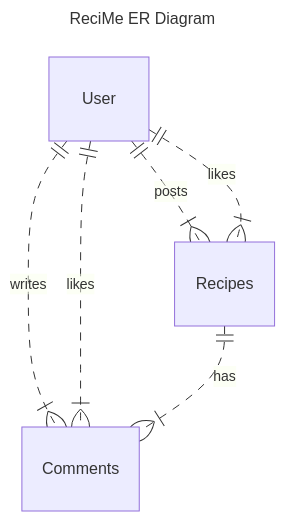
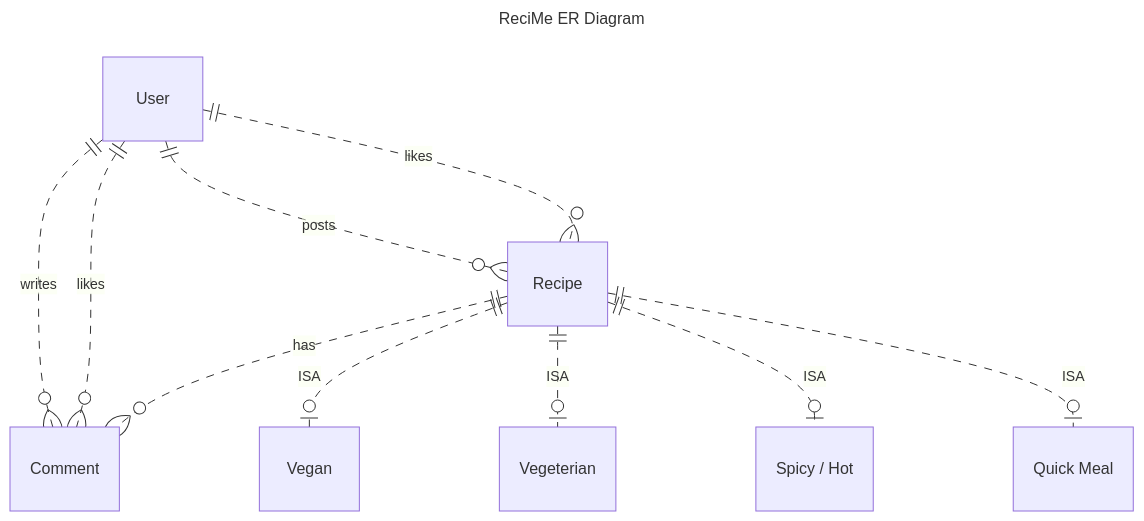
One commit to RECI-ME/reciMe changed the diagram in misc/er_diagram.mermaid. Above: the diagram before and after it, drawn with Mermaid.

Commit message:
misc: added ISA hierarchies

```diff
--- a/misc/er_diagram.mermaid
+++ b/misc/er_diagram.mermaid
@@ -1,9 +1,13 @@
 ---
 title: ReciMe ER Diagram
 ---
 erDiagram
-    User ||..|{ Recipes :posts
-    User ||..|{ Comments :writes
-    User ||..|{ Comments :likes
-    User ||..|{ Recipes :likes
-    Recipes ||..|{ Comments :has
+    User ||..o{ Recipe :posts
+    User ||..o{ Recipe :likes
+    User ||..o{ Comment :writes
+    User ||..o{ Comment :likes
+    Recipe ||..o{ Comment :has
+    Recipe ||..o| Vegan :ISA
+    Recipe ||..o| Vegeterian :ISA
+    Recipe ||..o| "Spicy / Hot" :ISA    
+    Recipe ||..o| "Quick Meal" :ISA    
```
